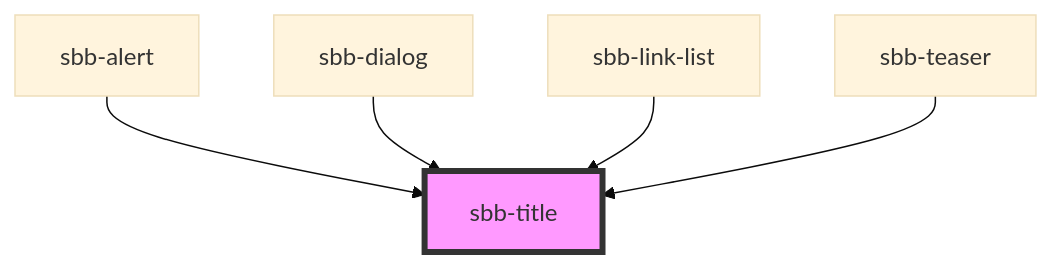
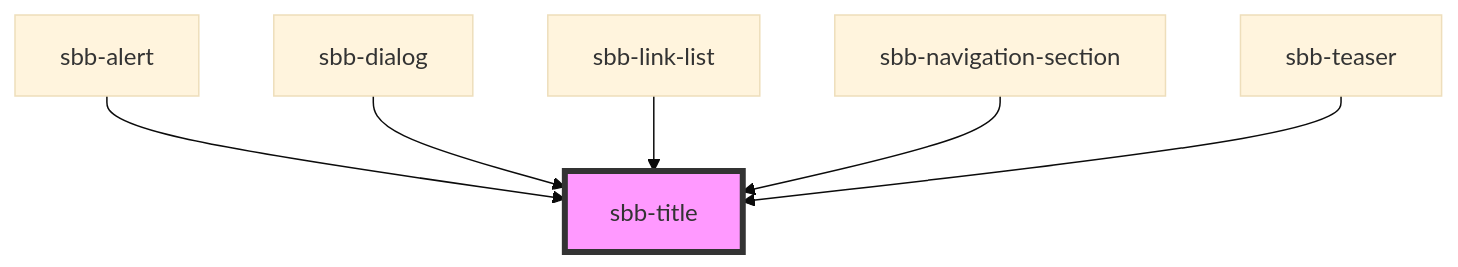
The diagram in src/components/sbb-title/readme.md (sbb-design-systems/lyne-components), drawn with Mermaid (base theme) before and after one commit. The commit also changed other lines of this file and 13 other files, not shown here.

````diff
--- a/src/components/sbb-title/readme.md
+++ b/src/components/sbb-title/readme.md
@@ -34,8 +35,9 @@
 ```mermaid
 graph TD;
   sbb-alert --> sbb-title
   sbb-dialog --> sbb-title
   sbb-link-list --> sbb-title
+  sbb-navigation-section --> sbb-title
   sbb-teaser --> sbb-title
   style sbb-title fill:#f9f,stroke:#333,stroke-width:4px
 ```
````
